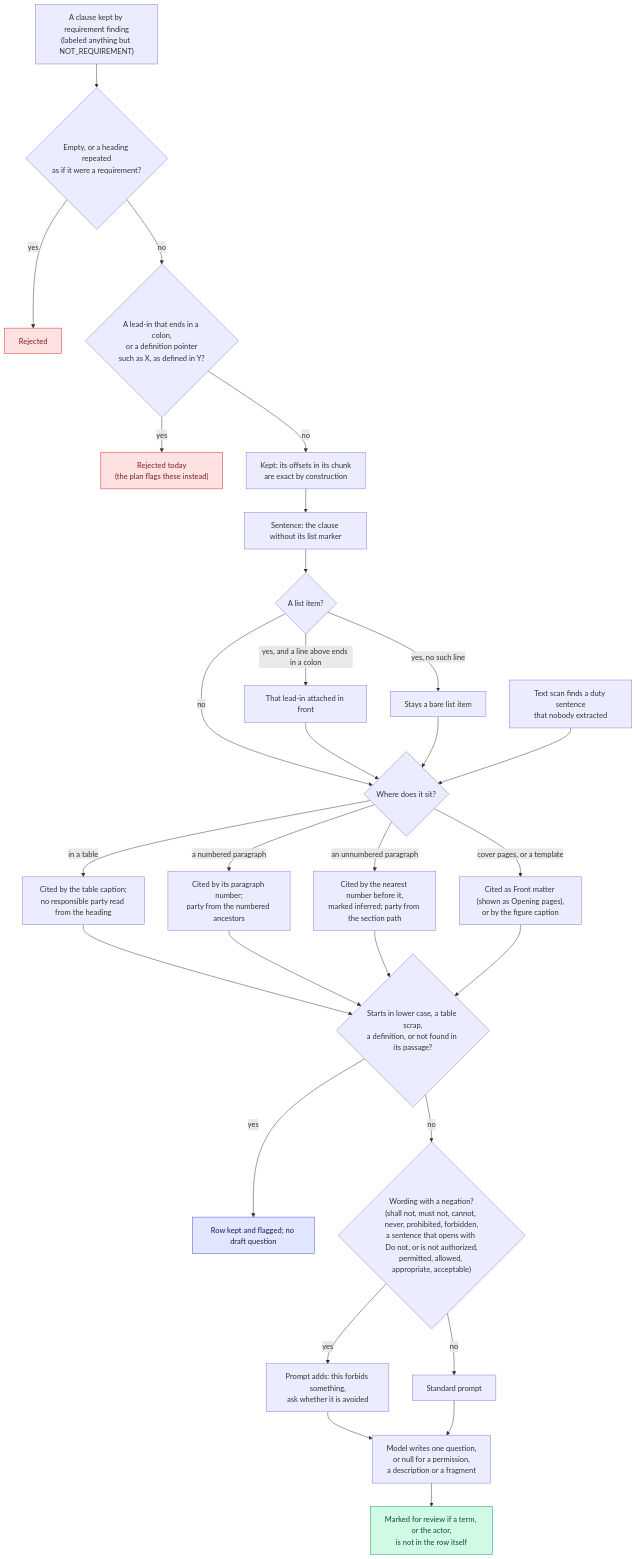
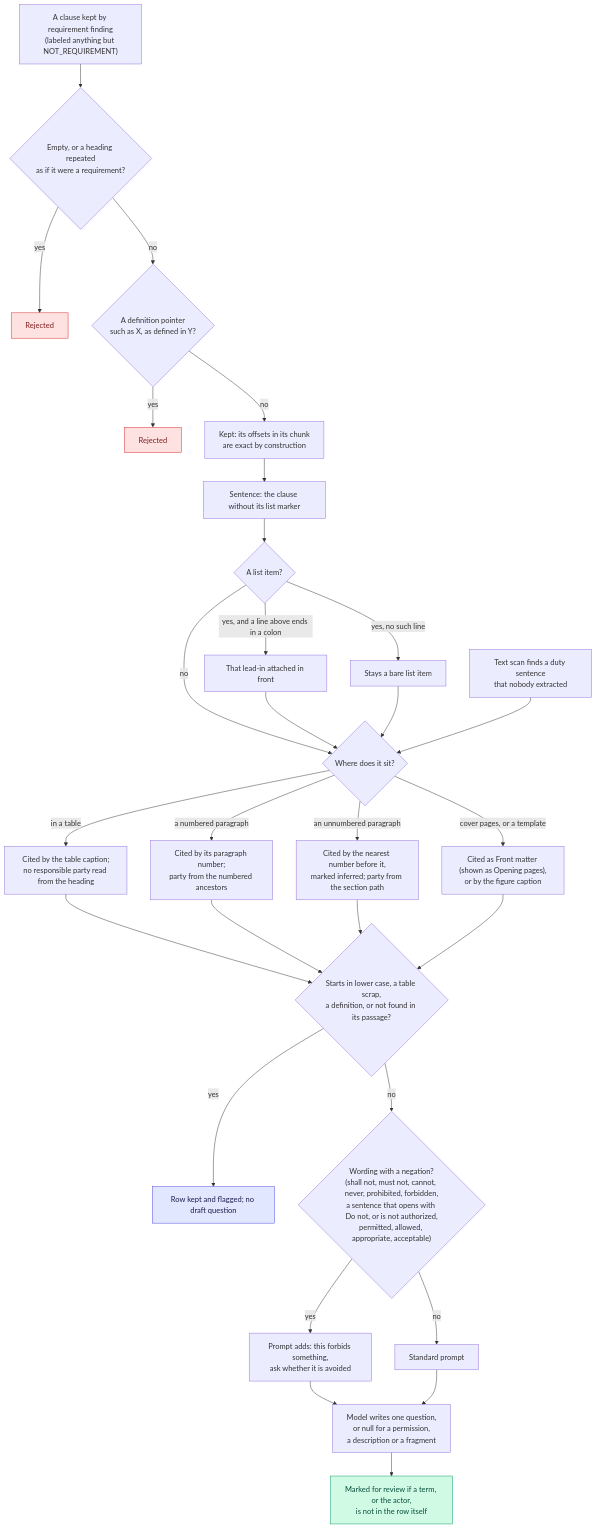
The second of 3 diagrams in docs/ARCHITECTURE.md (TylerGRClark/ReqBot), drawn with Mermaid before and after one commit. The commit also changed 5 other files, not shown here.

First line of the commit message:
fix(pipeline): keep colon lead-in rows; cut a new sentence after a tier tag

````diff
--- a/docs/ARCHITECTURE.md
+++ b/docs/ARCHITECTURE.md
@@ -118,46 +118,46 @@
 ```mermaid
 flowchart TD
     Q["A clause kept by requirement finding<br/>(labeled anything but NOT_REQUIREMENT)"]
     SCAN["Text scan finds a duty sentence<br/>that nobody extracted"]
 
     Q --> E1{"Empty, or a heading repeated<br/>as if it were a requirement?"}
     E1 -->|yes| R1["Rejected"]
-    E1 -->|no| E3{"A lead-in that ends in a colon,<br/>or a definition pointer<br/>such as X, as defined in Y?"}
-    E3 -->|yes| R3["Rejected today<br/>(the plan flags these instead)"]
+    E1 -->|no| E3{"A definition pointer<br/>such as X, as defined in Y?"}
+    E3 -->|yes| R3["Rejected"]
     E3 -->|no| A["Kept: its offsets in its chunk<br/>are exact by construction"]
 
     A --> X["Sentence: the clause without its list marker"]
     X --> L{"A list item?"}
     L -->|"yes, and a line above ends in a colon"| L1["That lead-in attached in front"]
     L -->|"yes, no such line"| L2["Stays a bare list item"]
     L -->|no| C0
     L1 --> C0
     L2 --> C0
     SCAN --> C0
 
     C0{"Where does it sit?"}
     C0 -->|"in a table"| C1["Cited by the table caption;<br/>no responsible party read from the heading"]
     C0 -->|"a numbered paragraph"| C2["Cited by its paragraph number;<br/>party from the numbered ancestors"]
     C0 -->|"an unnumbered paragraph"| C3["Cited by the nearest number before it,<br/>marked inferred; party from the section path"]
     C0 -->|"cover pages, or a template"| C4["Cited as Front matter (shown as Opening pages),<br/>or by the figure caption"]
 
     C1 --> Y
     C2 --> Y
     C3 --> Y
     C4 --> Y
     Y{"Starts in lower case, a table scrap,<br/>a definition, or not found in its passage?"}
     Y -->|yes| Z1["Row kept and flagged; no draft question"]
     Y -->|no| P{"Wording with a negation?<br/>(shall not, must not, cannot, never, prohibited, forbidden,<br/>a sentence that opens with Do not, or is not authorized,<br/>permitted, allowed, appropriate, acceptable)"}
     P -->|yes| P1["Prompt adds: this forbids something,<br/>ask whether it is avoided"]
     P -->|no| P2["Standard prompt"]
     P1 --> M["Model writes one question,<br/>or null for a permission,<br/>a description or a fragment"]
     P2 --> M
     M --> K["Marked for review if a term, or the actor,<br/>is not in the row itself"]
 
     classDef reject fill:#fee2e2,stroke:#dc2626,color:#7f1d1d;
     classDef keep fill:#d1fae5,stroke:#059669,color:#064e3b;
     classDef note fill:#e0e7ff,stroke:#4f46e5,color:#1e1b4b;
     class R1,R3 reject;
     class Z1 note;
     class K keep;
 ```
````
